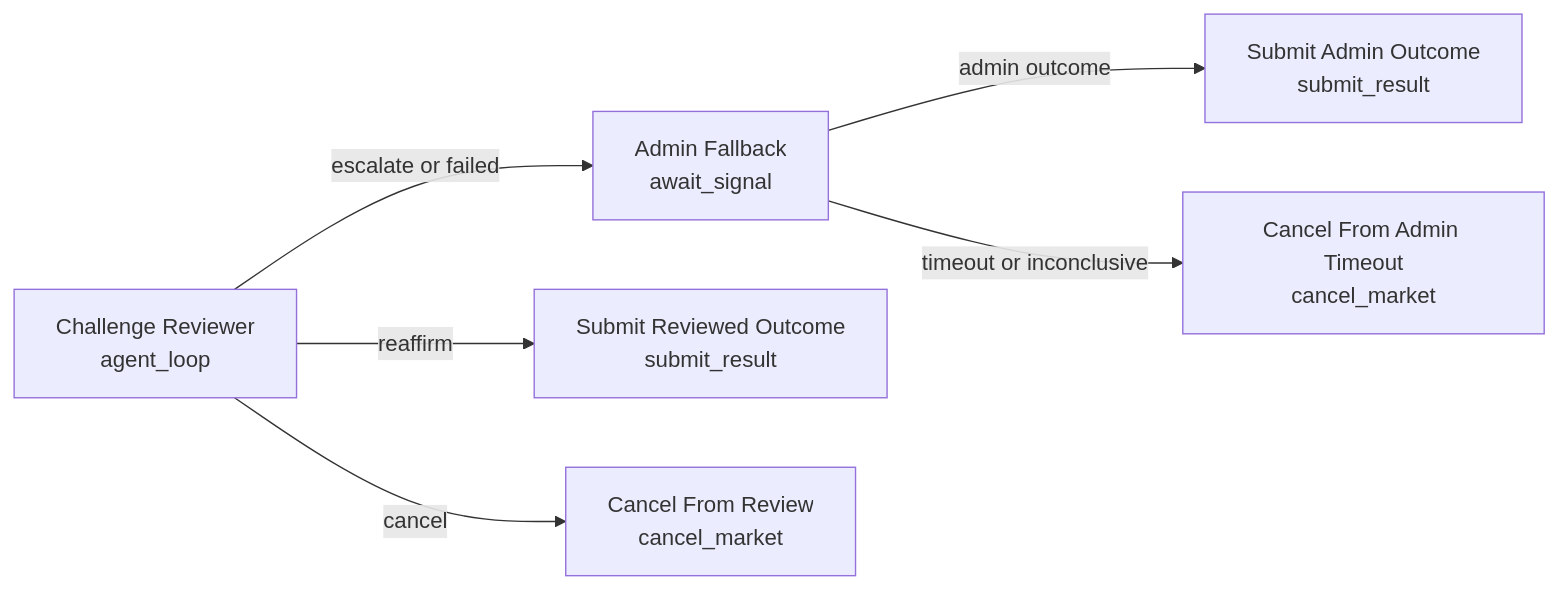
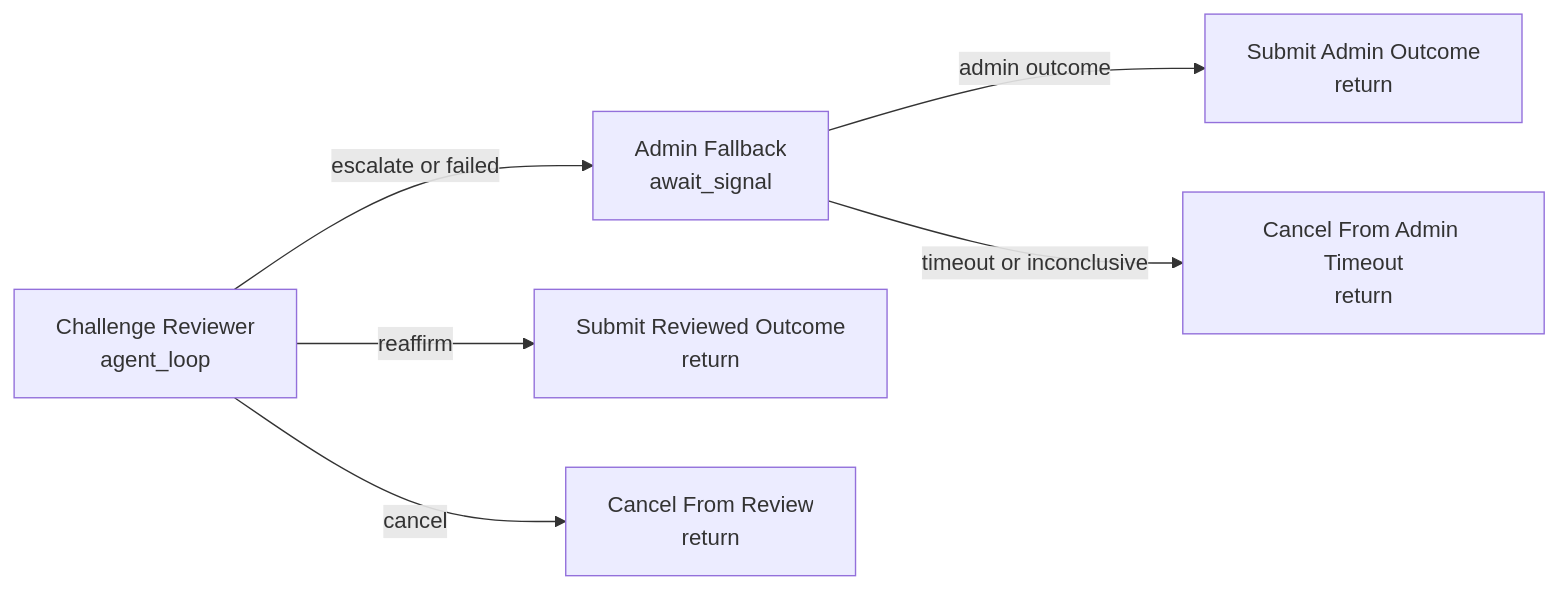
Before and after one commit to qmrkt/resolution-engine: the diagram in docs/examples/dispute-challenge-review/README.md, drawn with Mermaid. The commit also changed 86 other files, not shown here.

````diff
--- a/docs/examples/dispute-challenge-review/README.md
+++ b/docs/examples/dispute-challenge-review/README.md
@@ -11,15 +11,15 @@
 ```mermaid
 flowchart LR
   review["Challenge Reviewer<br/>agent_loop"]
   admin["Admin Fallback<br/>await_signal"]
-  submitReview["Submit Reviewed Outcome<br/>submit_result"]
-  submitAdmin["Submit Admin Outcome<br/>submit_result"]
-  cancelReview["Cancel From Review<br/>cancel_market"]
-  cancelAdmin["Cancel From Admin Timeout<br/>cancel_market"]
+  submitReview["Submit Reviewed Outcome<br/>return"]
+  submitAdmin["Submit Admin Outcome<br/>return"]
+  cancelReview["Cancel From Review<br/>return"]
+  cancelAdmin["Cancel From Admin Timeout<br/>return"]
 
   review -->|"reaffirm"| submitReview
   review -->|"cancel"| cancelReview
   review -->|"escalate or failed"| admin
   admin -->|"admin outcome"| submitAdmin
   admin -->|"timeout or inconclusive"| cancelAdmin
 ```
````
